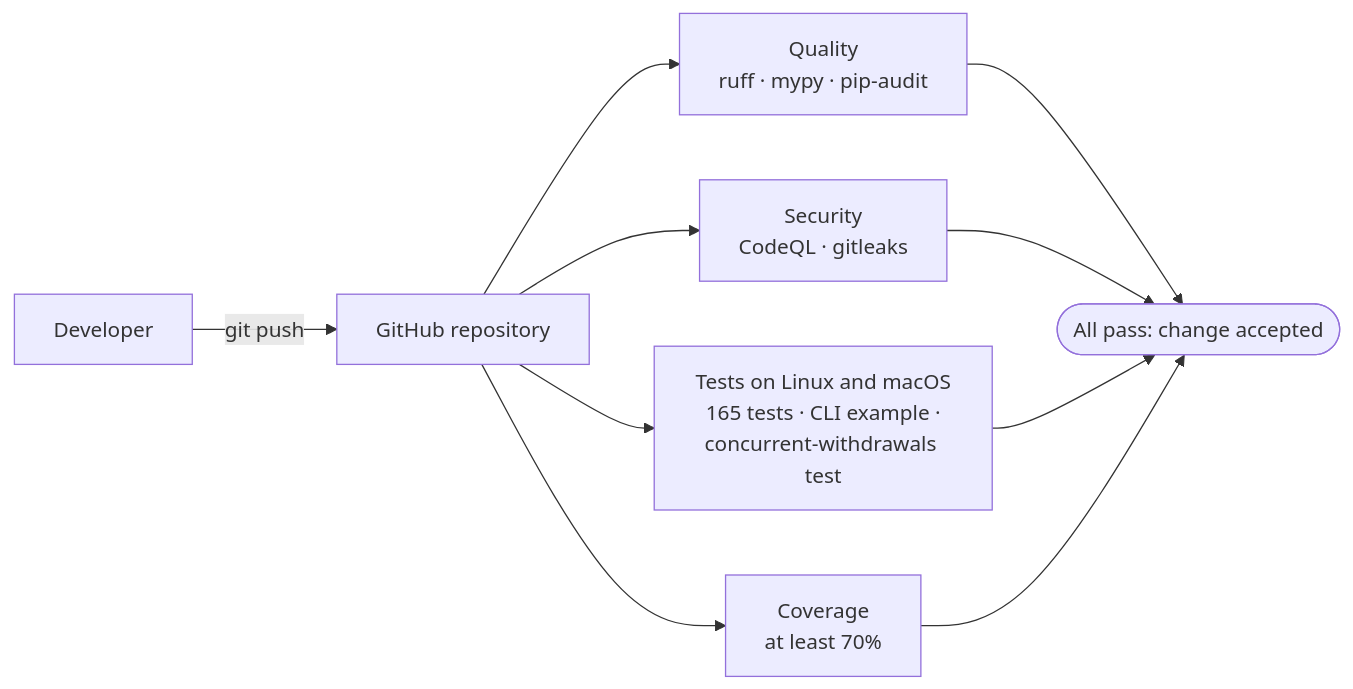
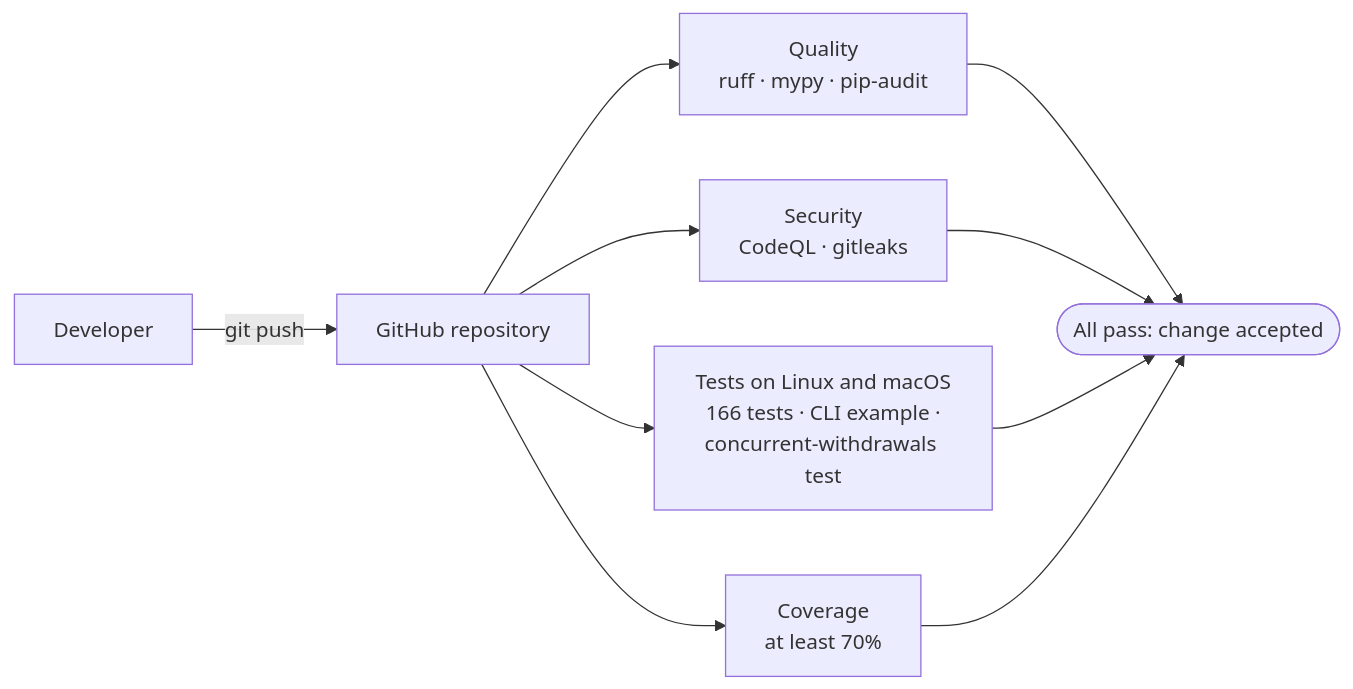
Before and after one commit to AnupamGupta86/InmarCodingAssignment: the fifth of 5 diagrams in README.md, drawn with Mermaid. The commit also changed other lines of this file and 2 other files, not shown here.

````diff
--- a/README.md
+++ b/README.md
@@ -312,12 +312,12 @@
 ```mermaid
 flowchart LR
     dev["Developer"] -->|git push| repo["GitHub repository"]
     repo --> quality["Quality<br/>ruff · mypy · pip-audit"]
     repo --> sast["Security<br/>CodeQL · gitleaks"]
-    repo --> tests["Tests on Linux and macOS<br/>165 tests · CLI example ·<br/>concurrent-withdrawals test"]
+    repo --> tests["Tests on Linux and macOS<br/>166 tests · CLI example ·<br/>concurrent-withdrawals test"]
     repo --> coverage["Coverage<br/>at least 70%"]
     quality --> ok(["All pass: change accepted"])
     sast --> ok
     tests --> ok
     coverage --> ok
 ```
````
